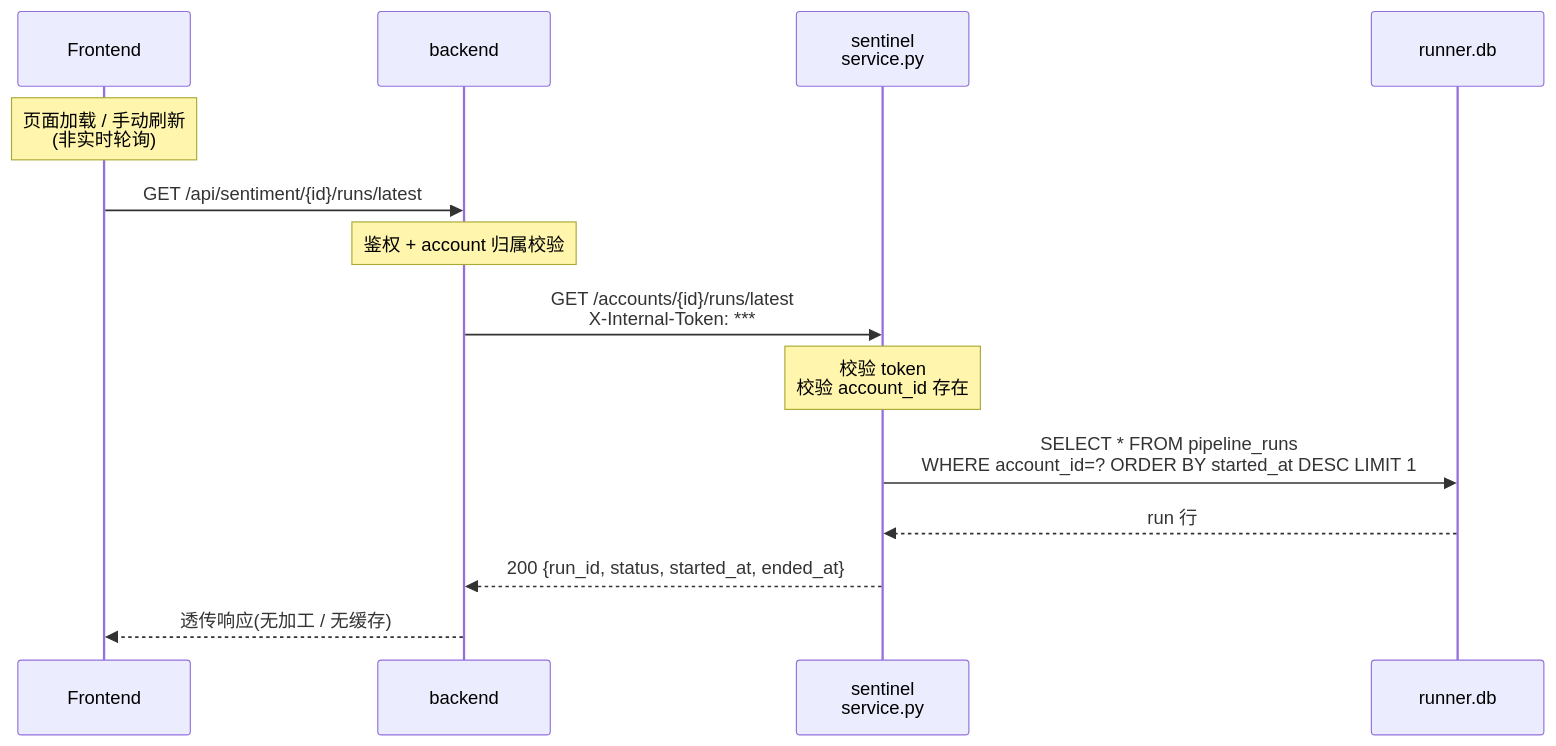
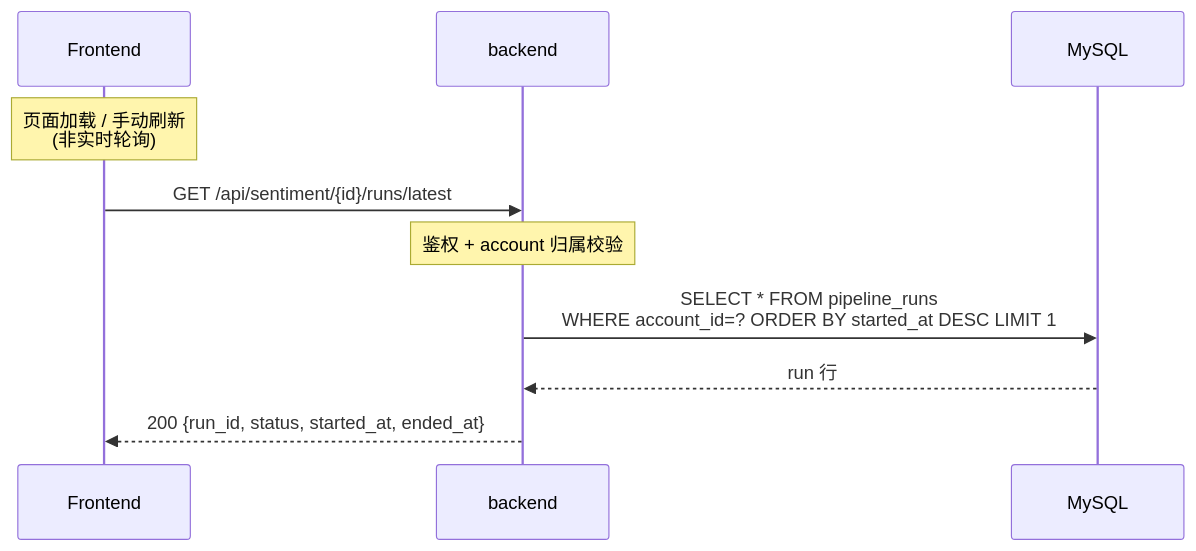
One commit to sr007-cxy/Vigilath changed the fifth of 5 diagrams in services/sentinel-service/docs/sentiment-architecture-v2.md. Above: the diagram before and after it, drawn with Mermaid. The commit also changed other lines of this file and 4 other files, not shown here.

````diff
--- a/services/sentinel-service/docs/sentiment-architecture-v2.md
+++ b/services/sentinel-service/docs/sentiment-architecture-v2.md
@@ -207,17 +240,13 @@
 ```mermaid
 sequenceDiagram
     participant FE as Frontend
     participant BE as backend
-    participant SEN as sentinel<br/>service.py
-    participant DB as runner.db
+    participant DB as MySQL
 
     Note over FE: 页面加载 / 手动刷新<br/>(非实时轮询)
     FE->>BE: GET /api/sentiment/{id}/runs/latest
     Note over BE: 鉴权 + account 归属校验
-    BE->>SEN: GET /accounts/{id}/runs/latest<br/>X-Internal-Token: ***
-    Note over SEN: 校验 token<br/>校验 account_id 存在
-    SEN->>DB: SELECT * FROM pipeline_runs<br/>WHERE account_id=? ORDER BY started_at DESC LIMIT 1
-    DB-->>SEN: run 行
-    SEN-->>BE: 200 {run_id, status, started_at, ended_at}
-    BE-->>FE: 透传响应(无加工 / 无缓存)
+    BE->>DB: SELECT * FROM pipeline_runs<br/>WHERE account_id=? ORDER BY started_at DESC LIMIT 1
+    DB-->>BE: run 行
+    BE-->>FE: 200 {run_id, status, started_at, ended_at}
 ```
````
